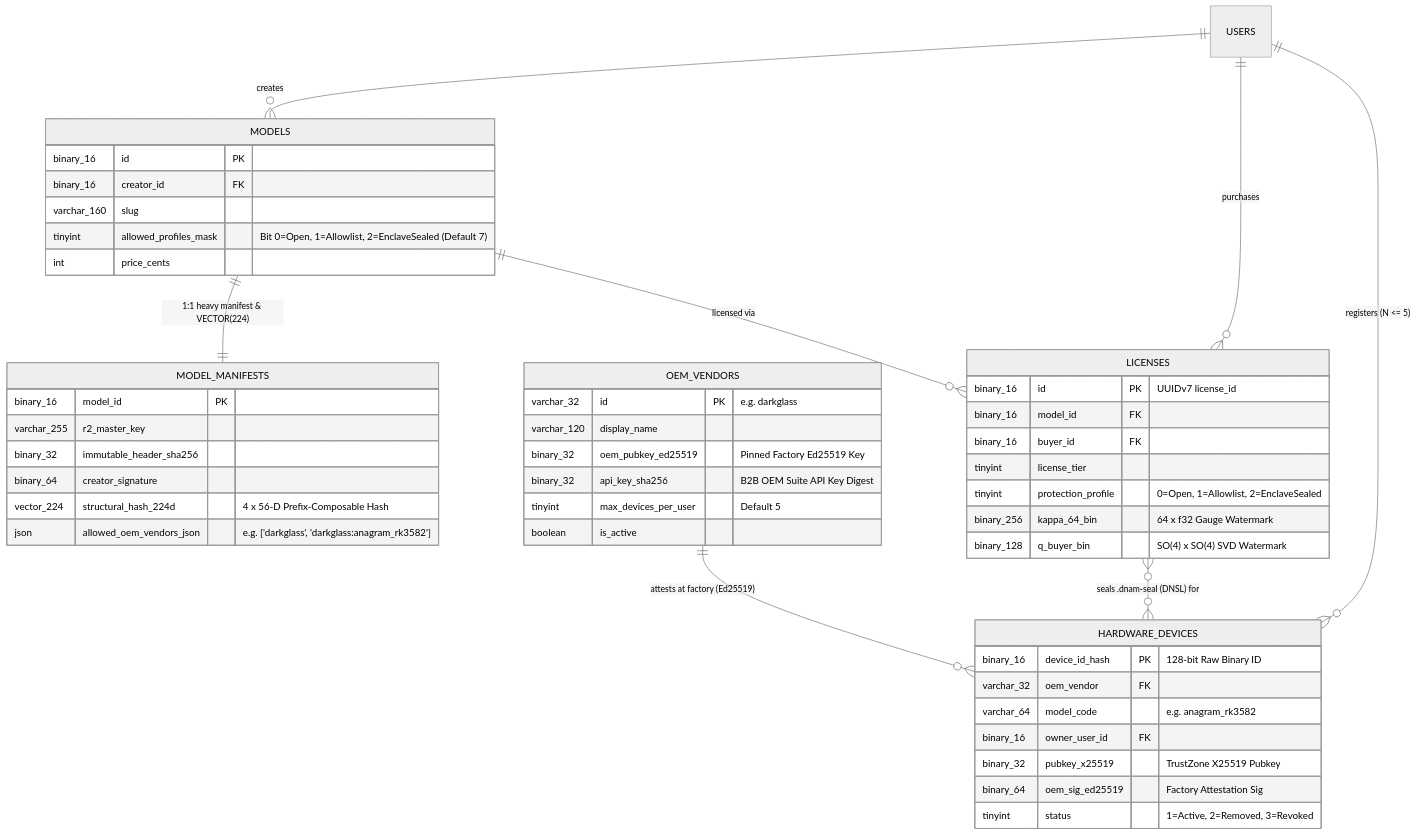
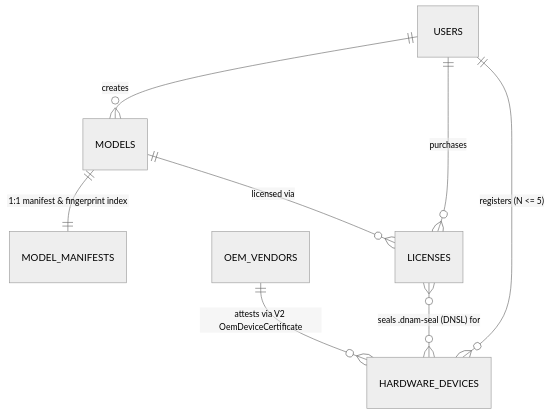
Before and after one commit to dnam-project/dnam: the third of 3 diagrams in docs/security/watermarking_and_marketplace.md, drawn with Mermaid (neutral theme). The commit also changed other lines of this file and 105 other files, not shown here.

````diff
--- a/docs/security/watermarking_and_marketplace.md
+++ b/docs/security/watermarking_and_marketplace.md
@@ -150,56 +122,10 @@
 ```mermaid
 erDiagram
     USERS ||--o{ MODELS : "creates"
     USERS ||--o{ LICENSES : "purchases"
     USERS ||--o{ HARDWARE_DEVICES : "registers (N <= 5)"
-    OEM_VENDORS ||--o{ HARDWARE_DEVICES : "attests at factory (Ed25519)"
-    MODELS ||--|| MODEL_MANIFESTS : "1:1 heavy manifest & VECTOR(224)"
+    OEM_VENDORS ||--o{ HARDWARE_DEVICES : "attests via V2 OemDeviceCertificate"
+    MODELS ||--|| MODEL_MANIFESTS : "1:1 manifest & fingerprint index"
     MODELS ||--o{ LICENSES : "licensed via"
     LICENSES }o--o{ HARDWARE_DEVICES : "seals .dnam-seal (DNSL) for"
-
-    MODELS {
-        binary_16 id PK
-        binary_16 creator_id FK
-        varchar_160 slug
-        tinyint allowed_profiles_mask "Bit 0=Open, 1=Allowlist, 2=EnclaveSealed (Default 7)"
-        int price_cents
-    }
-
-    MODEL_MANIFESTS {
-        binary_16 model_id PK
-        varchar_255 r2_master_key
-        binary_32 immutable_header_sha256
-        binary_64 creator_signature
-        vector_224 structural_hash_224d "4 x 56-D Prefix-Composable Hash"
-        json allowed_oem_vendors_json "e.g. ['darkglass', 'darkglass:anagram_rk3582']"
-    }
-
-    OEM_VENDORS {
-        varchar_32 id PK "e.g. darkglass"
-        varchar_120 display_name
-        binary_32 oem_pubkey_ed25519 "Pinned Factory Ed25519 Key"
-        binary_32 api_key_sha256 "B2B OEM Suite API Key Digest"
-        tinyint max_devices_per_user "Default 5"
-        boolean is_active
-    }
-
-    HARDWARE_DEVICES {
-        binary_16 device_id_hash PK "128-bit Raw Binary ID"
-        varchar_32 oem_vendor FK
-        varchar_64 model_code "e.g. anagram_rk3582"
-        binary_16 owner_user_id FK
-        binary_32 pubkey_x25519 "TrustZone X25519 Pubkey"
-        binary_64 oem_sig_ed25519 "Factory Attestation Sig"
-        tinyint status "1=Active, 2=Removed, 3=Revoked"
-    }
-
-    LICENSES {
-        binary_16 id PK "UUIDv7 license_id"
-        binary_16 model_id FK
-        binary_16 buyer_id FK
-        tinyint license_tier
-        tinyint protection_profile "0=Open, 1=Allowlist, 2=EnclaveSealed"
-        binary_256 kappa_64_bin "64 x f32 Gauge Watermark"
-        binary_128 q_buyer_bin "SO(4) x SO(4) SVD Watermark"
-    }
 ```
````
